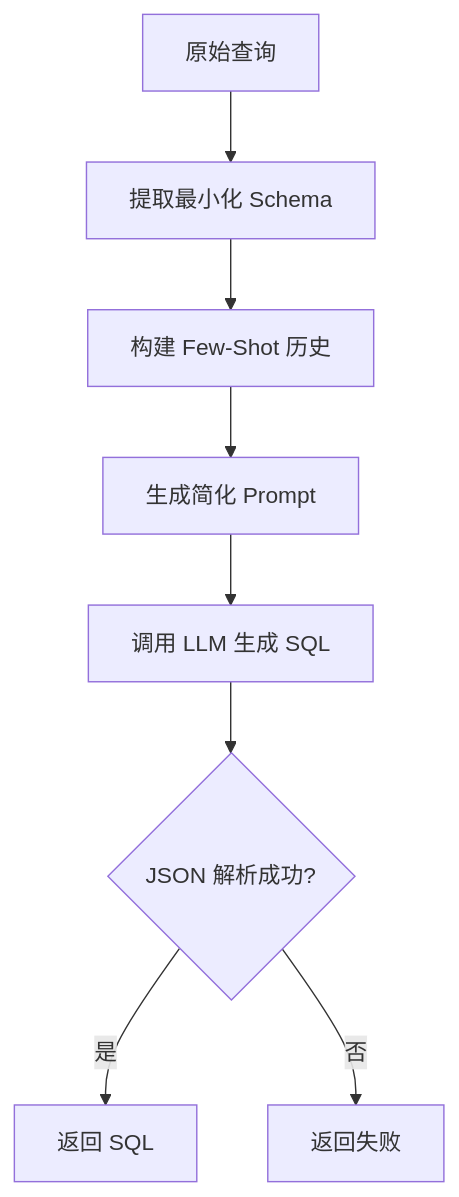
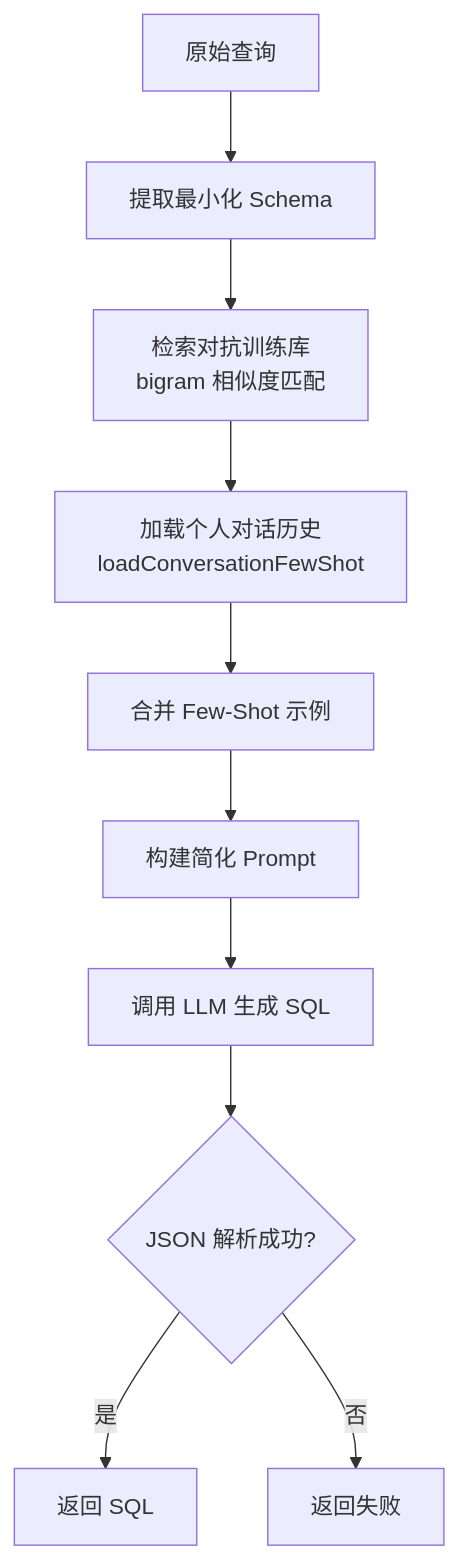
One commit to dgjin/smart-data-analytics changed the tenth of 17 diagrams in .qoder/repowiki/zh/content/AI与LLM集成/容错与故障转移.md. Above: the diagram before and after it, drawn with Mermaid. The commit also changed other lines of this file and 100 other files, not shown here.

````diff
--- a/.qoder/repowiki/zh/content/AI与LLM集成/容错与故障转移.md
+++ b/.qoder/repowiki/zh/content/AI与LLM集成/容错与故障转移.md
@@ -456,10 +457,12 @@
 ```mermaid
 flowchart TD
 A["原始查询"] --> B["提取最小化 Schema"]
-B --> C["构建 Few-Shot 历史"]
-C --> D["生成简化 Prompt"]
-D --> E["调用 LLM 生成 SQL"]
-E --> F{"JSON 解析成功?"}
-F -- 是 --> G["返回 SQL"]
-F -- 否 --> H["返回失败"]
+B --> C["检索对抗训练库<br/>bigram 相似度匹配"]
+C --> D["加载个人对话历史<br/>loadConversationFewShot"]
+D --> E["合并 Few-Shot 示例"]
+E --> F["构建简化 Prompt"]
+F --> G["调用 LLM 生成 SQL"]
+G --> H{"JSON 解析成功?"}
+H -- 是 --> I["返回 SQL"]
+H -- 否 --> J["返回失败"]
 ```
````
